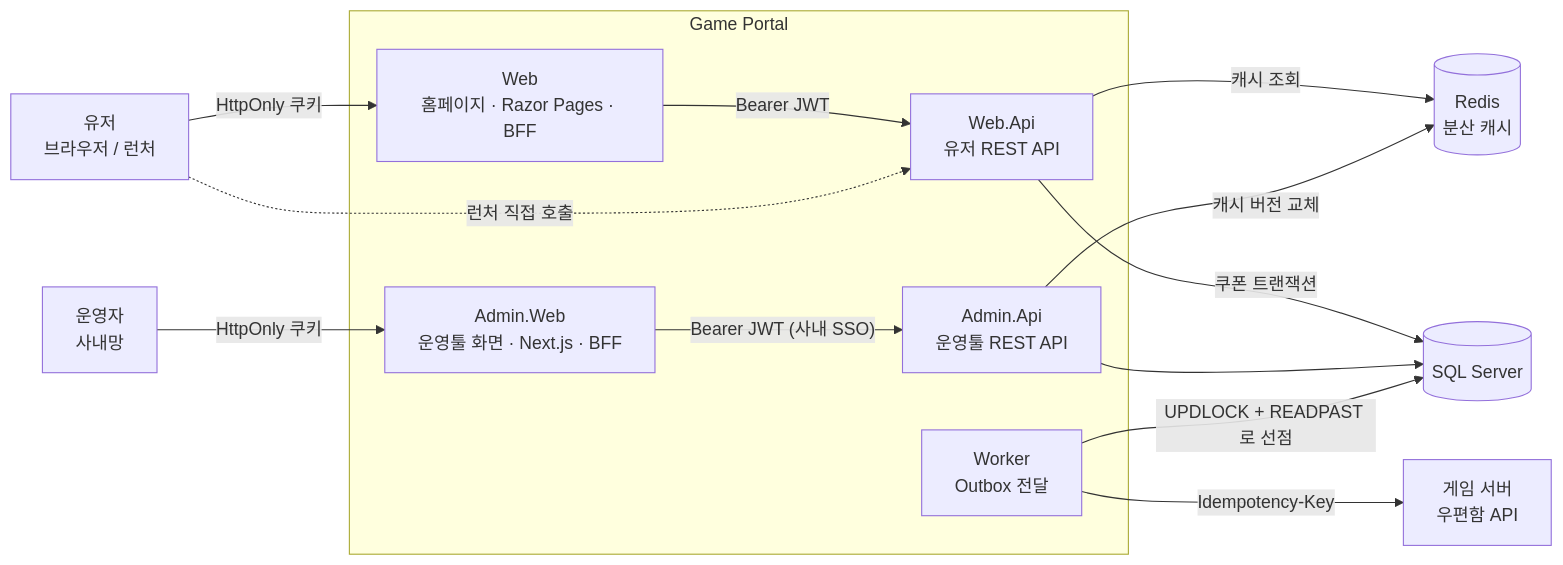
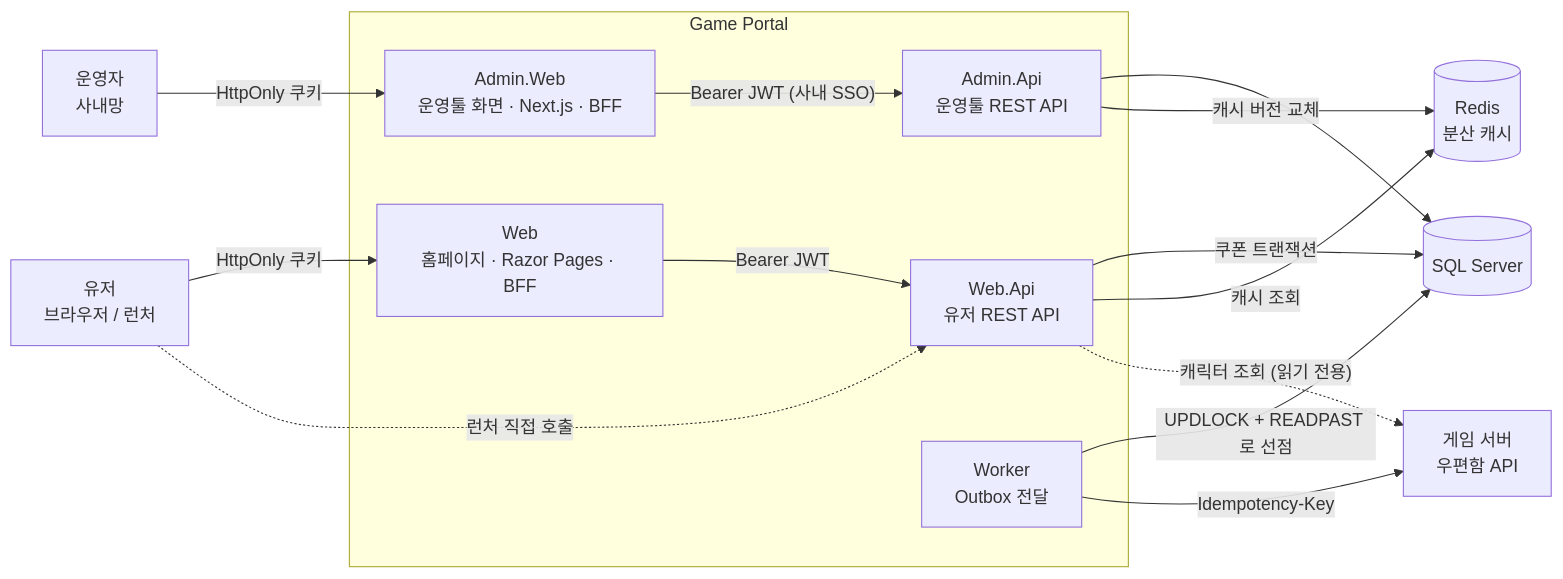
One commit to hyunolike/game-portal-poc changed the first of 6 diagrams in README.ko.md. Above: the diagram before and after it, drawn with Mermaid. The commit also changed other lines of this file and 47 other files, not shown here.

````diff
--- a/README.ko.md
+++ b/README.ko.md
@@ -74,29 +74,30 @@
 ```mermaid
 flowchart LR
     Player["유저<br/>브라우저 / 런처"]
     Operator["운영자<br/>사내망"]
 
     subgraph Portal["Game Portal"]
         Web["Web<br/>홈페이지 · Razor Pages · BFF"]
         WebApi["Web.Api<br/>유저 REST API"]
         AdminWeb["Admin.Web<br/>운영툴 화면 · Next.js · BFF"]
         AdminApi["Admin.Api<br/>운영툴 REST API"]
         Worker["Worker<br/>Outbox 전달"]
     end
 
     DB[("SQL Server")]
     Redis[("Redis<br/>분산 캐시")]
     Game["게임 서버<br/>우편함 API"]
 
     Player -- "HttpOnly 쿠키" --> Web
     Web -- "Bearer JWT" --> WebApi
     Player -. "런처 직접 호출" .-> WebApi
     Operator -- "HttpOnly 쿠키" --> AdminWeb
     AdminWeb -- "Bearer JWT (사내 SSO)" --> AdminApi
     WebApi -- "쿠폰 트랜잭션" --> DB
     WebApi -- "캐시 조회" --> Redis
     AdminApi --> DB
     AdminApi -- "캐시 버전 교체" --> Redis
     Worker -- "UPDLOCK + READPAST 로 선점" --> DB
     Worker -- "Idempotency-Key" --> Game
+    WebApi -. "캐릭터 조회 (읽기 전용)" .-> Game
 ```
````
